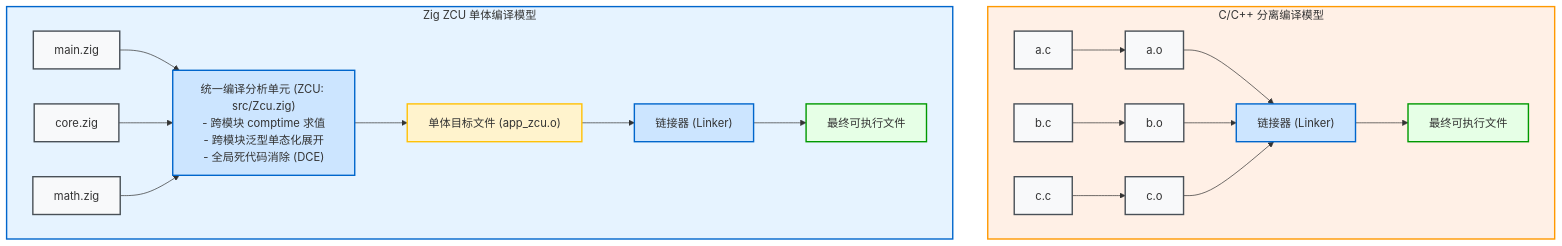
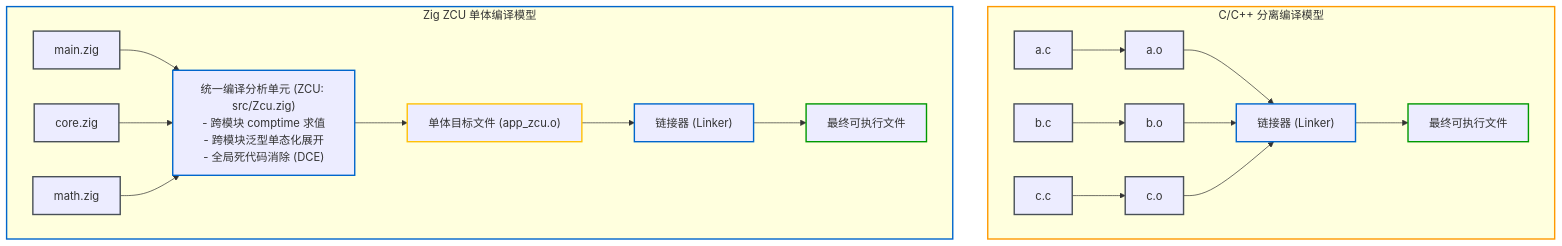
One commit to jiacai2050/x changed the first of 2 diagrams in zig-build/src/internals/zcu-internals.md. Above: the diagram before and after it, drawn with Mermaid. The commit also changed other lines of this file and 65 other files, not shown here.

````diff
--- a/zig-build/src/internals/zcu-internals.md
+++ b/zig-build/src/internals/zcu-internals.md
@@ -11,44 +11,44 @@
 ```mermaid
 graph TD
     subgraph S_C ["C/C++ 分离编译模型"]
         C1["a.c"] --> O1["a.o"]
         C2["b.c"] --> O2["b.o"]
         C3["c.c"] --> O3["c.o"]
         O1 --> Link_C["链接器 (Linker)"]
         O2 --> Link_C
         O3 --> Link_C
         Link_C --> Bin_C["最终可执行文件"]
     end
 
     subgraph S_Zig ["Zig ZCU 单体编译模型"]
         Z1["main.zig"]
         Z2["core.zig"]
         Z3["math.zig"]
         ZCU["统一编译分析单元 (ZCU: src/Zcu.zig)<br/>- 跨模块 comptime 求值<br/>- 跨模块泛型单态化展开<br/>- 全局死代码消除 (DCE)"]
         Z1 --> ZCU
         Z2 --> ZCU
         Z3 --> ZCU
         ZCU --> Obj_Zig["单体目标文件 (app_zcu.o)"]
         Obj_Zig --> Link_Z["链接器 (Linker)"]
         Link_Z --> Bin_Z["最终可执行文件"]
     end
 
-    classDef default fill:#f8f9fa,stroke:#495057;
-    style S_C fill:#fff0e6,stroke:#ff9900,stroke-width:2px;
-    style S_Zig fill:#e6f3ff,stroke:#0066cc,stroke-width:2px;
-    style C1 fill:#f8f9fa,stroke:#495057,stroke-width:2px;
-    style C2 fill:#f8f9fa,stroke:#495057,stroke-width:2px;
-    style C3 fill:#f8f9fa,stroke:#495057,stroke-width:2px;
-    style O1 fill:#f8f9fa,stroke:#495057,stroke-width:2px;
-    style O2 fill:#f8f9fa,stroke:#495057,stroke-width:2px;
-    style O3 fill:#f8f9fa,stroke:#495057,stroke-width:2px;
-    style Link_C fill:#cce5ff,stroke:#0066cc,stroke-width:2px;
-    style Bin_C fill:#e6ffe6,stroke:#009900,stroke-width:2px;
-    style Z1 fill:#f8f9fa,stroke:#495057,stroke-width:2px;
-    style Z2 fill:#f8f9fa,stroke:#495057,stroke-width:2px;
-    style Z3 fill:#f8f9fa,stroke:#495057,stroke-width:2px;
-    style ZCU fill:#cce5ff,stroke:#0066cc,stroke-width:2px;
-    style Obj_Zig fill:#fff3cd,stroke:#ffc107,stroke-width:2px;
-    style Link_Z fill:#cce5ff,stroke:#0066cc,stroke-width:2px;
-    style Bin_Z fill:#e6ffe6,stroke:#009900,stroke-width:2px;
+    classDef default stroke:#495057;
+    style S_C stroke:#ff9900,stroke-width:2px;
+    style S_Zig stroke:#0066cc,stroke-width:2px;
+    style C1 stroke:#495057,stroke-width:2px;
+    style C2 stroke:#495057,stroke-width:2px;
+    style C3 stroke:#495057,stroke-width:2px;
+    style O1 stroke:#495057,stroke-width:2px;
+    style O2 stroke:#495057,stroke-width:2px;
+    style O3 stroke:#495057,stroke-width:2px;
+    style Link_C stroke:#0066cc,stroke-width:2px;
+    style Bin_C stroke:#009900,stroke-width:2px;
+    style Z1 stroke:#495057,stroke-width:2px;
+    style Z2 stroke:#495057,stroke-width:2px;
+    style Z3 stroke:#495057,stroke-width:2px;
+    style ZCU stroke:#0066cc,stroke-width:2px;
+    style Obj_Zig stroke:#ffc107,stroke-width:2px;
+    style Link_Z stroke:#0066cc,stroke-width:2px;
+    style Bin_Z stroke:#009900,stroke-width:2px;
 ```
````
